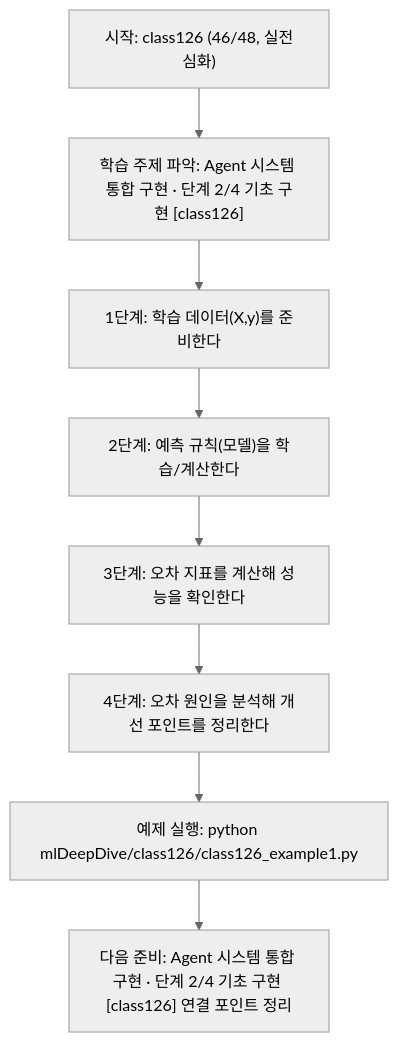
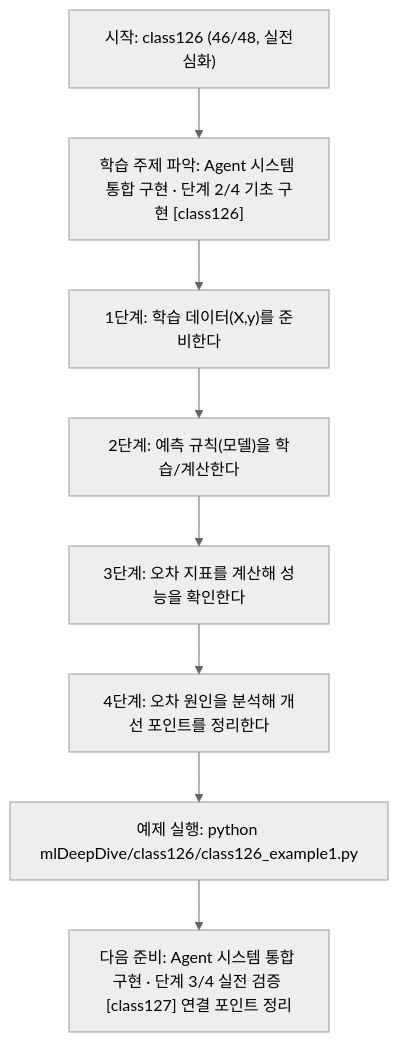
One commit to edumgt/Python-AI_Agent-Class changed the diagram in mlDeepDive/class126/class126.md. Above: the diagram before and after it, drawn with Mermaid (neutral theme). The commit also changed other lines of this file and 338 other files, not shown here.

````diff
--- a/mlDeepDive/class126/class126.md
+++ b/mlDeepDive/class126/class126.md
@@ -111,18 +91,18 @@
 ```mermaid
 flowchart TD
 N1["시작: class126 (46/48, 실전심화)"]
 N2["학습 주제 파악: Agent 시스템 통합 구현 · 단계 2/4 기초 구현 [class126]"]
 N3["1단계: 학습 데이터(X,y)를 준비한다"]
 N4["2단계: 예측 규칙(모델)을 학습/계산한다"]
 N5["3단계: 오차 지표를 계산해 성능을 확인한다"]
 N6["4단계: 오차 원인을 분석해 개선 포인트를 정리한다"]
 N7["예제 실행: python mlDeepDive/class126/class126_example1.py"]
-N8["다음 준비: Agent 시스템 통합 구현 · 단계 2/4 기초 구현 [class126] 연결 포인트 정리"]
+N8["다음 준비: Agent 시스템 통합 구현 · 단계 3/4 실전 검증 [class127] 연결 포인트 정리"]
 N1 --> N2
 N2 --> N3
 N3 --> N4
 N4 --> N5
 N5 --> N6
 N6 --> N7
 N7 --> N8
 ```
````
